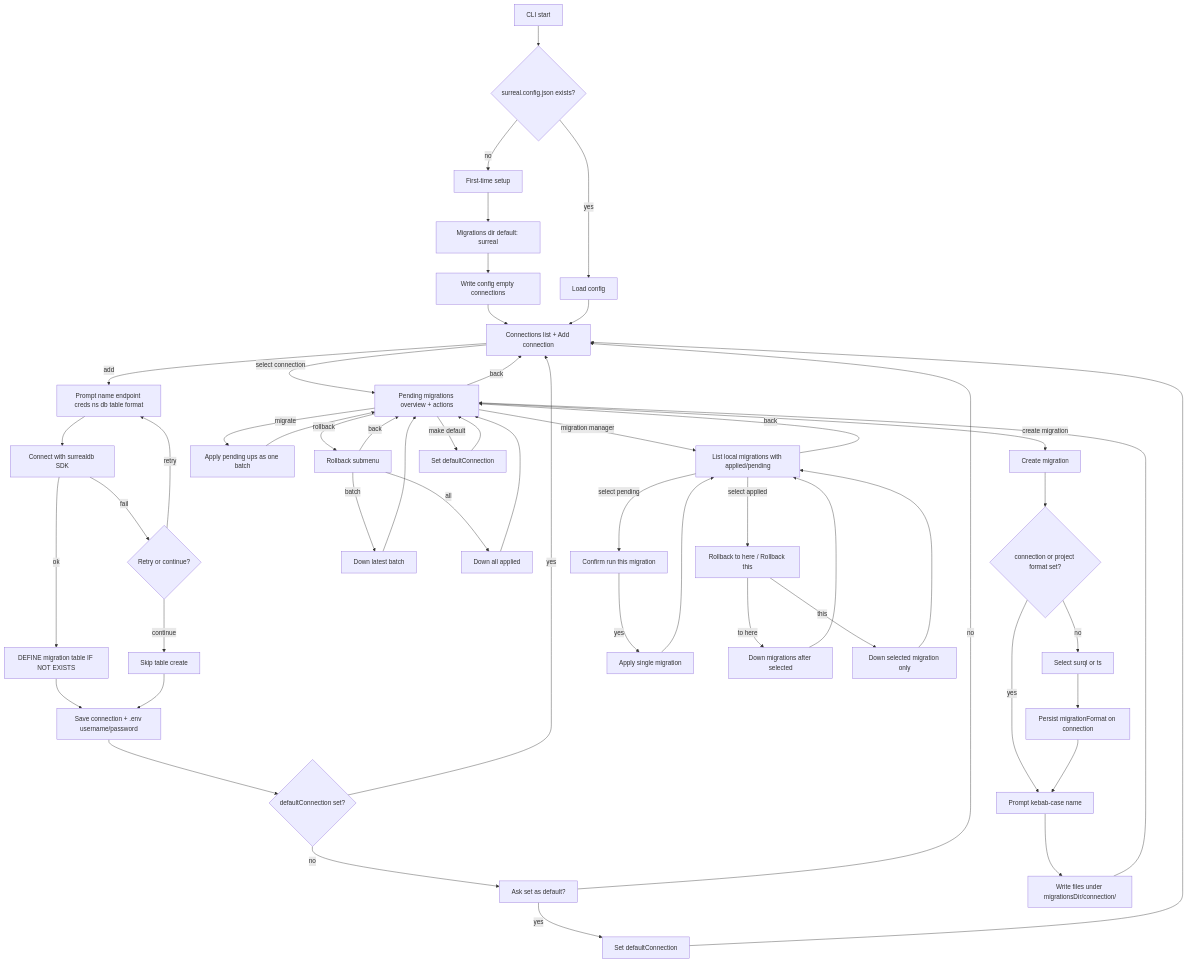
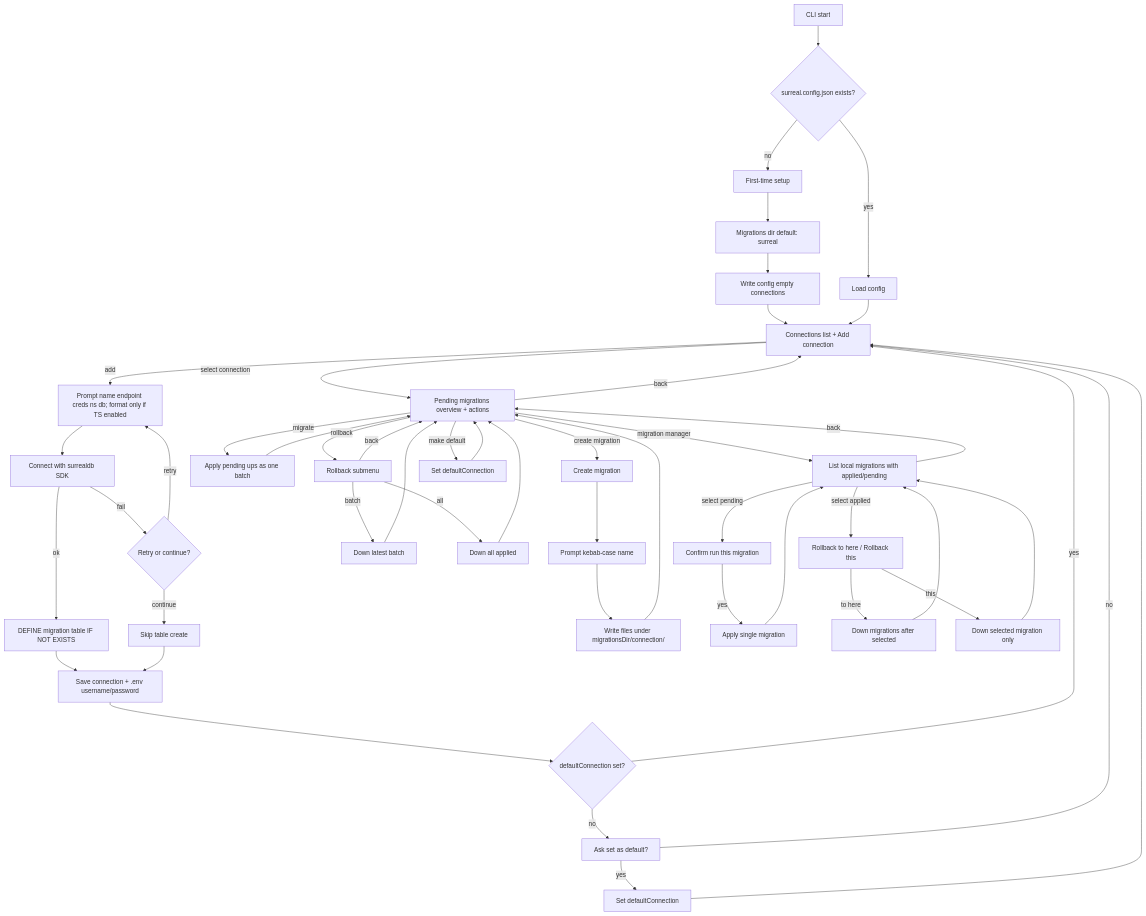
Before and after one commit to sneakylenny/surreal-migrator: the diagram in docs/flow.md, drawn with Mermaid. The commit also changed 11 other files, not shown here.

````diff
--- a/docs/flow.md
+++ b/docs/flow.md
@@ -3,54 +3,50 @@
 ```mermaid
 flowchart TD
   start[CLI start] --> hasConfig{surreal.config.json exists?}
   hasConfig -->|no| setup[First-time setup]
   setup --> pathPrompt["Migrations dir default: surreal"]
   pathPrompt --> saveConfig["Write config empty connections"]
   hasConfig -->|yes| loadConfig[Load config]
   saveConfig --> connectionsMenu
   loadConfig --> connectionsMenu[Connections list + Add connection]
   connectionsMenu -->|select connection| connectionMenu[Pending migrations overview + actions]
-  connectionsMenu -->|add| addConn["Prompt name endpoint creds ns db table format"]
+  connectionsMenu -->|add| addConn["Prompt name endpoint creds ns db; format only if TS enabled"]
   addConn --> verify[Connect with surrealdb SDK]
   verify -->|ok| ensureTable["DEFINE migration table IF NOT EXISTS"]
   verify -->|fail| retryOrContinue{Retry or continue?}
   retryOrContinue -->|retry| addConn
   retryOrContinue -->|continue| skipTable[Skip table create]
   ensureTable --> saveConn["Save connection + .env username/password"]
   skipTable --> saveConn
   saveConn --> hasDefault{defaultConnection set?}
   hasDefault -->|no| askDefault["Ask set as default?"]
   askDefault -->|yes| setDefault[Set defaultConnection]
   askDefault -->|no| connectionsMenu
   setDefault --> connectionsMenu
   hasDefault -->|yes| connectionsMenu
   connectionMenu -->|create migration| createMig[Create migration]
-  createMig --> hasFormat{connection or project format set?}
-  hasFormat -->|no| pickFormat["Select surql or ts"]
-  pickFormat --> saveFormat[Persist migrationFormat on connection]
-  hasFormat -->|yes| namePrompt
-  saveFormat --> namePrompt["Prompt kebab-case name"]
+  createMig --> namePrompt["Prompt kebab-case name"]
   namePrompt --> writeFiles["Write files under migrationsDir/connection/"]
   writeFiles --> connectionMenu
   connectionMenu -->|migrate| migrateUp["Apply pending ups as one batch"]
   connectionMenu -->|rollback| rollbackMenu[Rollback submenu]
   rollbackMenu -->|batch| rollbackBatch["Down latest batch"]
   rollbackMenu -->|all| rollbackAll["Down all applied"]
   rollbackMenu -->|back| connectionMenu
   connectionMenu -->|migration manager| managerList["List local migrations with applied/pending"]
   managerList -->|select pending| confirmRun["Confirm run this migration"]
   confirmRun -->|yes| migrateOne["Apply single migration"]
   managerList -->|select applied| appliedMenu["Rollback to here / Rollback this"]
   appliedMenu -->|to here| rollbackAfter["Down migrations after selected"]
   appliedMenu -->|this| rollbackOne["Down selected migration only"]
   migrateUp --> connectionMenu
   rollbackBatch --> connectionMenu
   rollbackAll --> connectionMenu
   migrateOne --> managerList
   rollbackAfter --> managerList
   rollbackOne --> managerList
   managerList -->|back| connectionMenu
   connectionMenu -->|make default| setDefaultFromMenu[Set defaultConnection]
   setDefaultFromMenu --> connectionMenu
   connectionMenu -->|back| connectionsMenu
 ```
````
